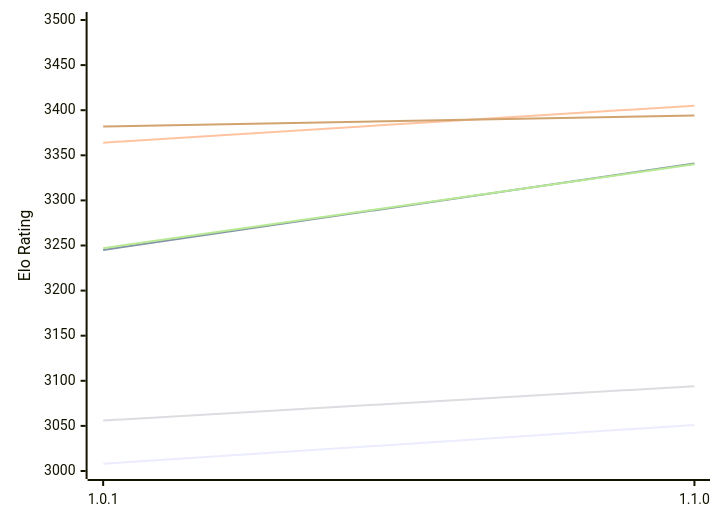
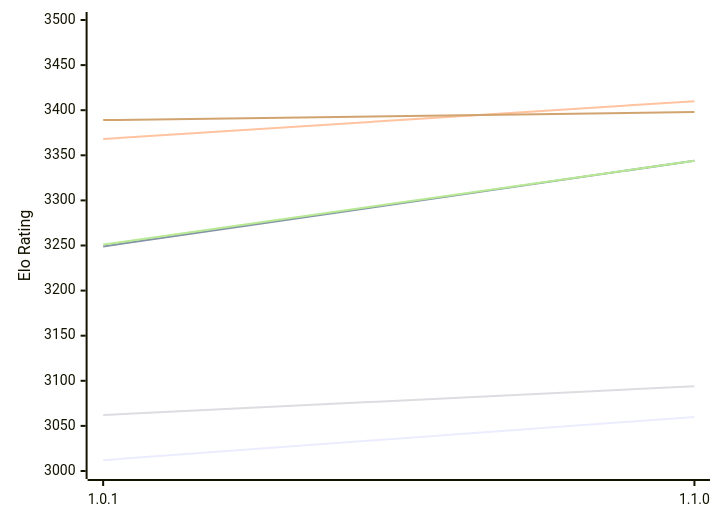
The first of 2 diagrams in engines/Ursus.md (computer-chess-index/cci), drawn with Mermaid before and after one commit. The commit also changed other lines of this file, not shown here.

Commit message:
Update CCI Ratings (ELO VLTC) - 2026-11-20

````diff
--- a/engines/Ursus.md
+++ b/engines/Ursus.md
@@ -51,12 +51,12 @@
 ```mermaid
 %%{init: {"theme":"base","themeVariables":{"seriesColors:['#a3a3a3','#222221','#faa371']}}}%%
 xychart-beta
   x-axis ["1.0.1", "1.1.0"]
   y-axis "Elo Rating" 3000 --> 3500
-  line "E1: STC (8.0+0.08s)" [3008, 3051]
-  line "E1: LTC (60.0+0.60s)" [3245, 3341]
-  line "E1: VLTC (2m24s+1.12s)" [3364, 3405]
-  line "P1: STC (8.0+0.08s)" [3056, 3094]
-  line "P1: LTC (60.0+0.60s)" [3247, 3340]
-  line "P1: VLTC (2m24s+1.12s)" [3382, 3394]
+  line "E1: STC (8.0+0.08s)" [3012, 3060]
+  line "E1: LTC (60.0+0.60s)" [3249, 3344]
+  line "E1: VLTC (2m24s+1.12s)" [3368, 3410]
+  line "P1: STC (8.0+0.08s)" [3062, 3094]
+  line "P1: LTC (60.0+0.60s)" [3251, 3344]
+  line "P1: VLTC (2m24s+1.12s)" [3389, 3398]
 ```
````
